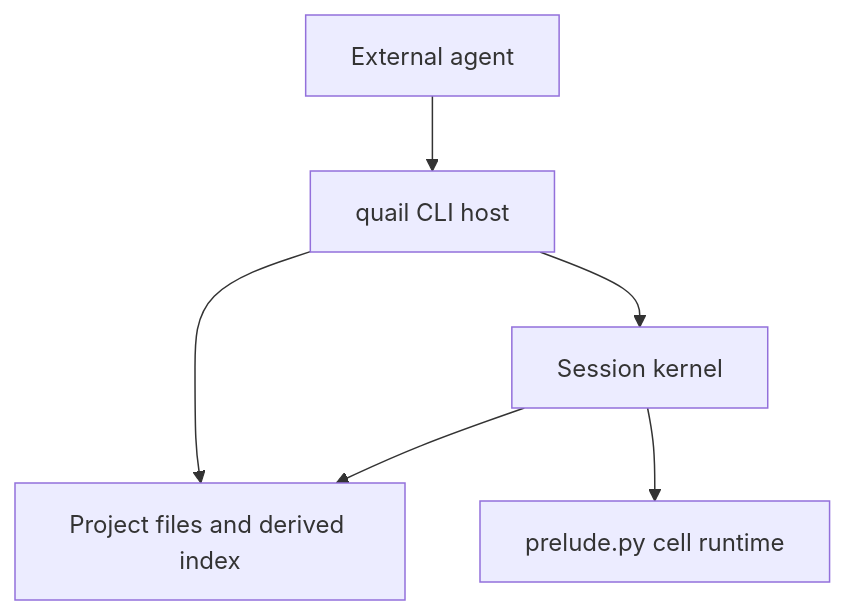
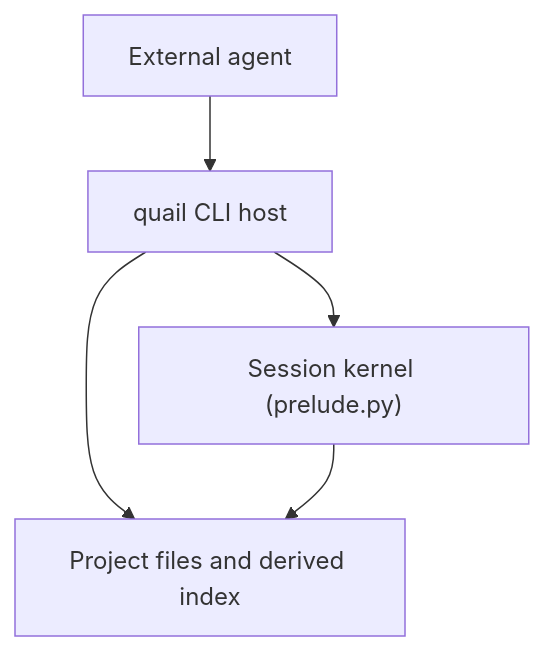
Before and after one commit to dcoyier/Quail: the diagram in IMPLEMENTATION_GUIDE.md, drawn with Mermaid. The commit also changed other lines of this file, not shown here.

````diff
--- a/IMPLEMENTATION_GUIDE.md
+++ b/IMPLEMENTATION_GUIDE.md
@@ -38,8 +36,7 @@
 ```mermaid
 flowchart TD
     A["External agent"] --> B["quail CLI host"]
     B --> C["Project files and derived index"]
-    B --> D["Session kernel"]
+    B --> D["Session kernel (prelude.py)"]
     D --> C
-    D --> E["prelude.py cell runtime"]
 ```
````
